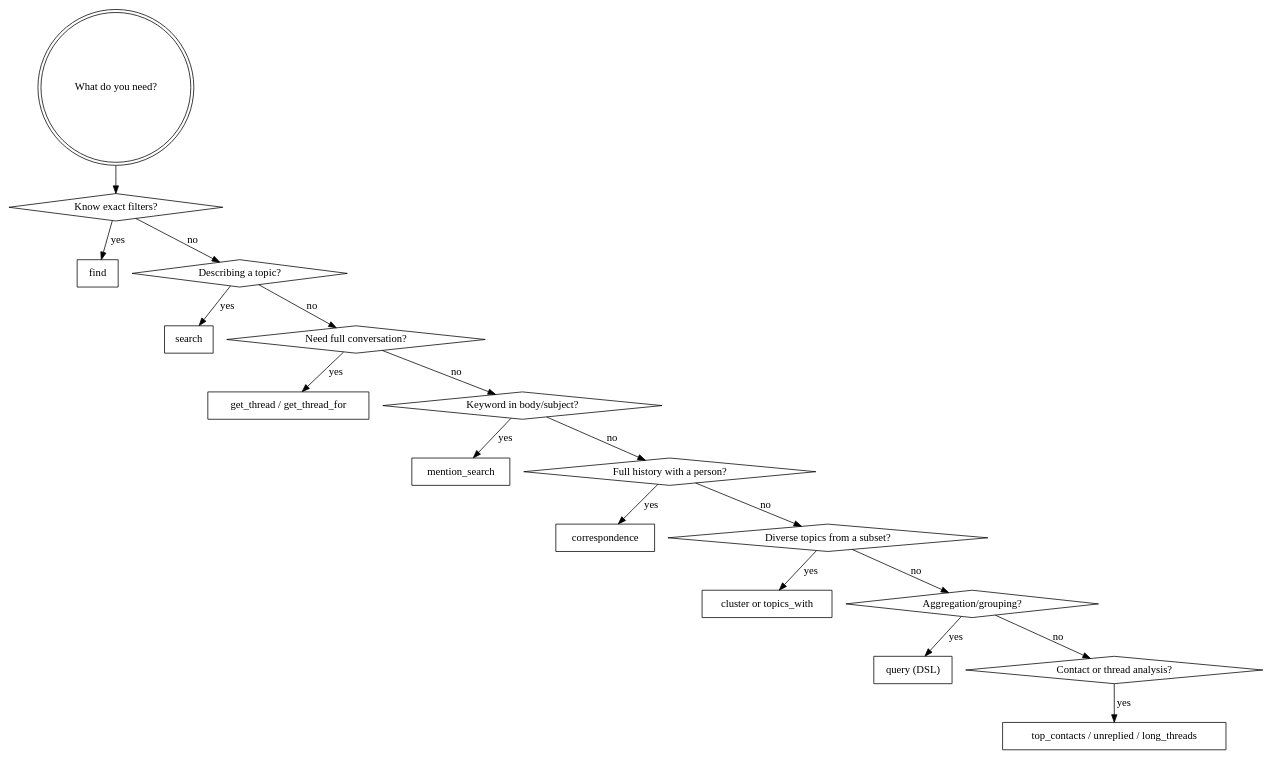
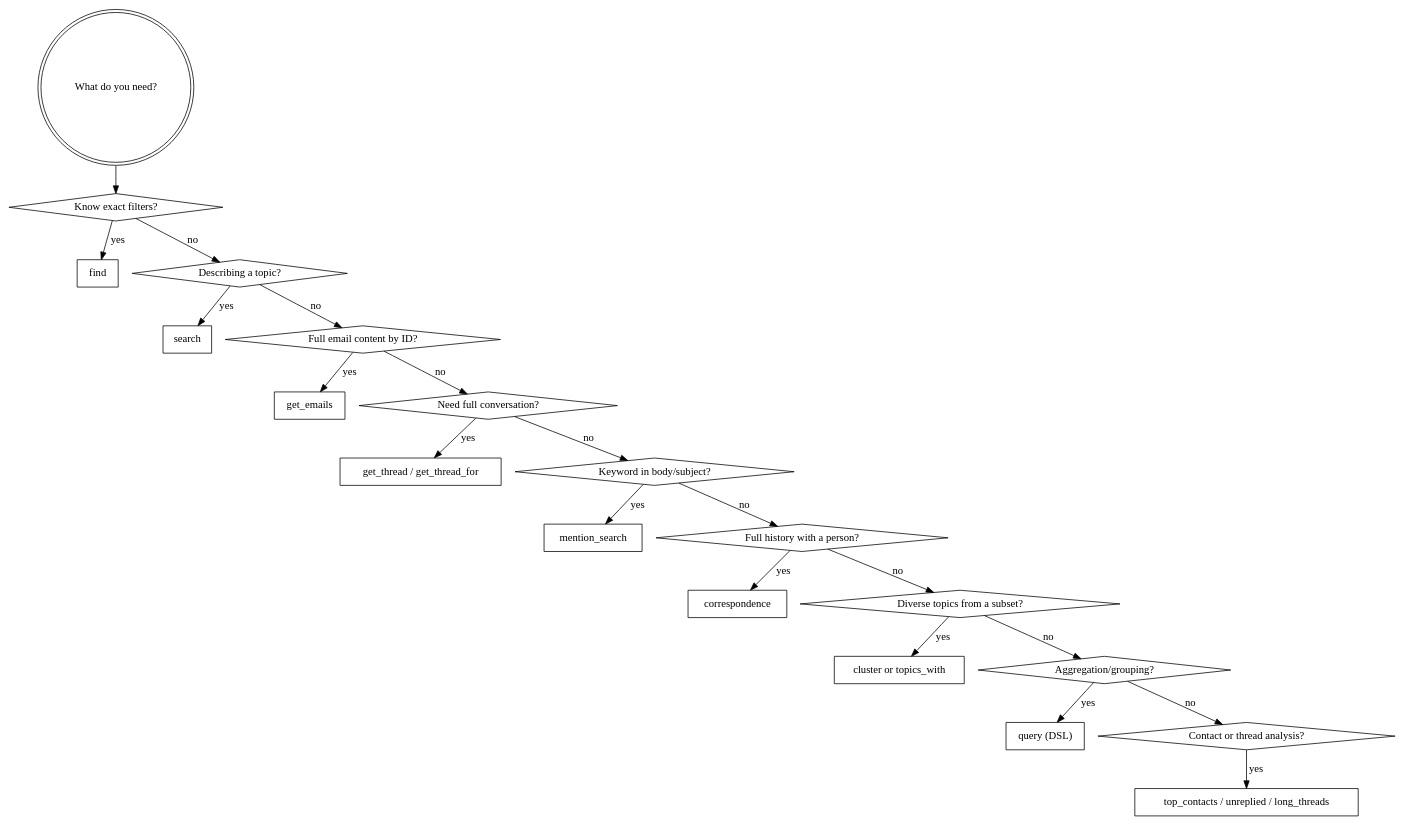
The diagram in skills/using-maildb/SKILL.md (splaice/maildb), drawn with Graphviz before and after one commit. The commit also changed other lines of this file, not shown here.

````diff
--- a/skills/using-maildb/SKILL.md
+++ b/skills/using-maildb/SKILL.md
@@ -12,38 +29,42 @@
 ```dot
 digraph tool_choice {
     "What do you need?" [shape=doublecircle];
     "Know exact filters?" [shape=diamond];
     "find" [shape=box];
     "Describing a topic?" [shape=diamond];
     "search" [shape=box];
+    "Full email content by ID?" [shape=diamond];
+    "get_emails" [shape=box];
     "Need full conversation?" [shape=diamond];
     "get_thread / get_thread_for" [shape=box];
     "Keyword in body/subject?" [shape=diamond];
     "mention_search" [shape=box];
     "Full history with a person?" [shape=diamond];
     "correspondence" [shape=box];
     "Diverse topics from a subset?" [shape=diamond];
     "cluster or topics_with" [shape=box];
     "Aggregation/grouping?" [shape=diamond];
     "query (DSL)" [shape=box];
     "Contact or thread analysis?" [shape=diamond];
     "top_contacts / unreplied / long_threads" [shape=box];
 
     "What do you need?" -> "Know exact filters?";
     "Know exact filters?" -> "find" [label="yes"];
     "Know exact filters?" -> "Describing a topic?" [label="no"];
     "Describing a topic?" -> "search" [label="yes"];
-    "Describing a topic?" -> "Need full conversation?" [label="no"];
+    "Describing a topic?" -> "Full email content by ID?" [label="no"];
+    "Full email content by ID?" -> "get_emails" [label="yes"];
+    "Full email content by ID?" -> "Need full conversation?" [label="no"];
     "Need full conversation?" -> "get_thread / get_thread_for" [label="yes"];
     "Need full conversation?" -> "Keyword in body/subject?" [label="no"];
     "Keyword in body/subject?" -> "mention_search" [label="yes"];
     "Keyword in body/subject?" -> "Full history with a person?" [label="no"];
     "Full history with a person?" -> "correspondence" [label="yes"];
     "Full history with a person?" -> "Diverse topics from a subset?" [label="no"];
     "Diverse topics from a subset?" -> "cluster or topics_with" [label="yes"];
     "Diverse topics from a subset?" -> "Aggregation/grouping?" [label="no"];
     "Aggregation/grouping?" -> "query (DSL)" [label="yes"];
     "Aggregation/grouping?" -> "Contact or thread analysis?" [label="no"];
     "Contact or thread analysis?" -> "top_contacts / unreplied / long_threads" [label="yes"];
 }
 ```
````
